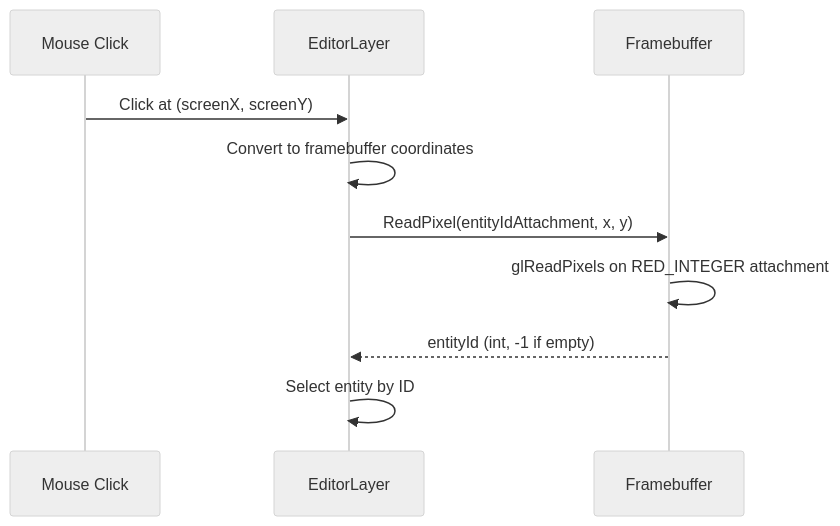
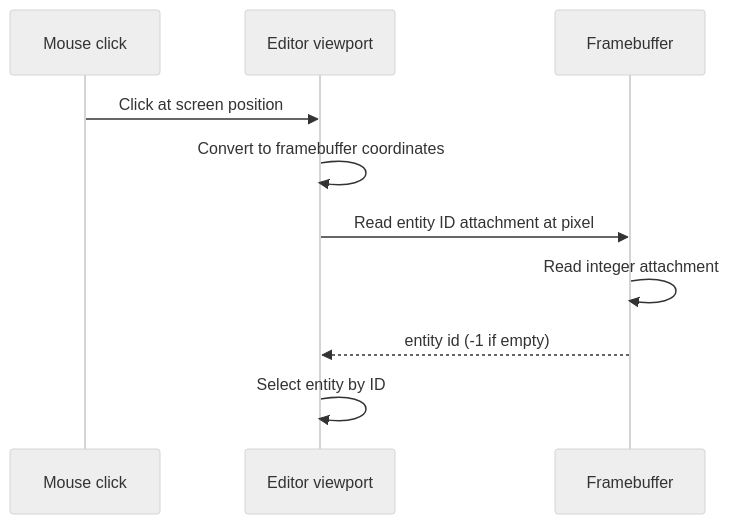
One commit to kateusz/GameEngine changed the fifth of 5 diagrams in docs/architecture/rendering-pipeline.md. Above: the diagram before and after it, drawn with Mermaid (neutral theme). The commit also changed other lines of this file and 31 other files, not shown here.

````diff
--- a/docs/architecture/rendering-pipeline.md
+++ b/docs/architecture/rendering-pipeline.md
@@ -433,13 +368,13 @@
 ```mermaid
 sequenceDiagram
-    participant Mouse as Mouse Click
-    participant Editor as EditorLayer
+    participant Mouse as Mouse click
+    participant Editor as Editor viewport
     participant FB as Framebuffer
 
-    Mouse->>Editor: Click at (screenX, screenY)
+    Mouse->>Editor: Click at screen position
     Editor->>Editor: Convert to framebuffer coordinates
-    Editor->>FB: ReadPixel(entityIdAttachment, x, y)
-    FB->>FB: glReadPixels on RED_INTEGER attachment
-    FB-->>Editor: entityId (int, -1 if empty)
+    Editor->>FB: Read entity ID attachment at pixel
+    FB->>FB: Read integer attachment
+    FB-->>Editor: entity id (-1 if empty)
     Editor->>Editor: Select entity by ID
 ```
````
